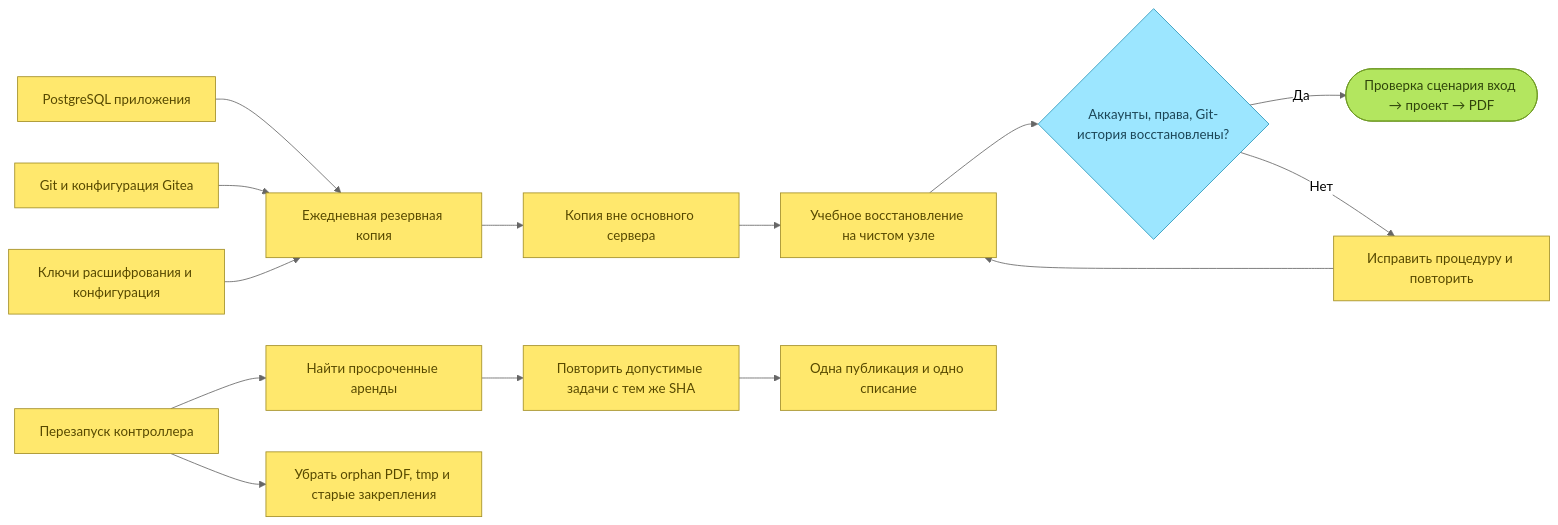
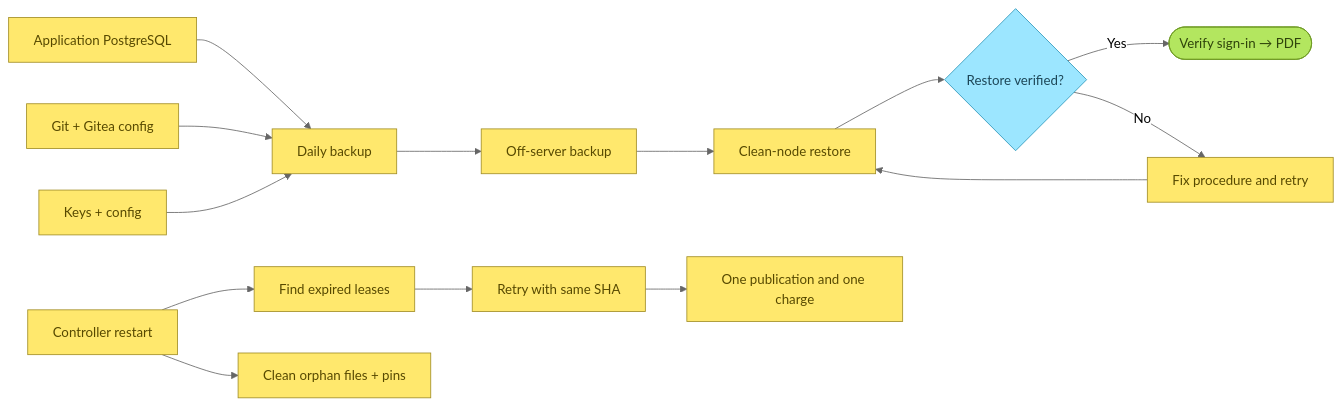
One commit to Feruum/Leafrun changed the diagram in docs/architecture/diagrams/v1/15-recovery.mmd. Above: the diagram before and after it, drawn with Mermaid (neutral theme). The commit also changed 38 other files, not shown here.

```diff
--- a/docs/architecture/diagrams/v1/15-recovery.mmd
+++ b/docs/architecture/diagrams/v1/15-recovery.mmd
@@ -1,20 +1,20 @@
 flowchart LR
-    DB[PostgreSQL приложения] --> Backup[Ежедневная резервная копия]
-    Git[Git и конфигурация Gitea] --> Backup
-    Keys[Ключи расшифрования и конфигурация] --> Backup
-    Backup --> Store[Копия вне основного сервера]
-    Store --> Restore[Учебное восстановление на чистом узле]
-    Restore --> Verify{Аккаунты, права, Git-история восстановлены?}
-    Verify -->|Да| Ready([Проверка сценария вход → проект → PDF])
-    Verify -->|Нет| Fix[Исправить процедуру и повторить]
+    DB[Application PostgreSQL] --> Backup[Daily backup]
+    Git[Git + Gitea config] --> Backup
+    Keys[Keys + config] --> Backup
+    Backup --> Store[Off-server backup]
+    Store --> Restore[Clean-node restore]
+    Restore --> Verify{Restore verified?}
+    Verify -->|Yes| Ready([Verify sign-in → PDF])
+    Verify -->|No| Fix[Fix procedure and retry]
     Fix --> Restore
-    Restart[Перезапуск контроллера] --> Leases[Найти просроченные аренды]
-    Leases --> Retry[Повторить допустимые задачи с тем же SHA]
-    Retry --> Fencing[Одна публикация и одно списание]
-    Restart --> Cleanup[Убрать orphan PDF, tmp и старые закрепления]
+    Restart[Controller restart] --> Leases[Find expired leases]
+    Leases --> Retry[Retry with same SHA]
+    Retry --> Fencing[One publication and one charge]
+    Restart --> Cleanup[Clean orphan files + pins]
     classDef component fill:#FFE86D,stroke:#A28E26,color:#574900
     classDef decision fill:#9CE6FF,stroke:#2C97BB,color:#1C4657
     classDef terminal fill:#B3E65F,stroke:#6E9A24,color:#2F440B
     class DB,Git,Keys,Backup,Store,Restore,Fix,Restart,Leases,Retry,Fencing,Cleanup component
     class Verify decision
     class Ready terminal
```
